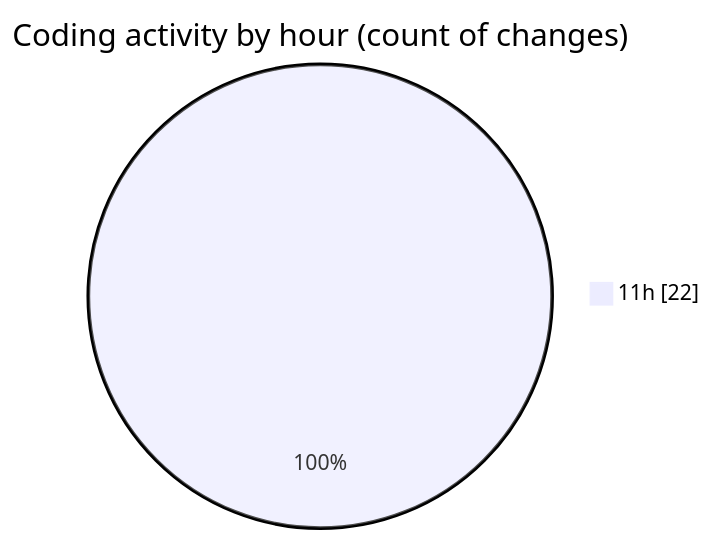
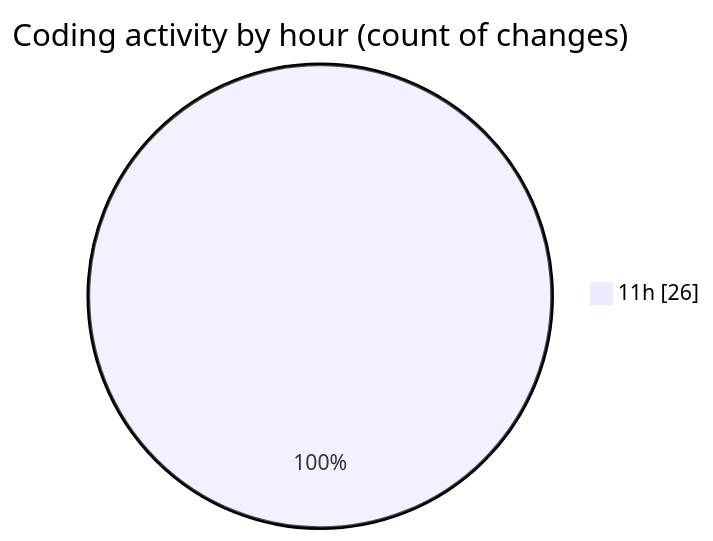
Before and after one commit to MatusMokan/code-tracking: the second of 2 diagrams in 2025-04-18/myws__workspace_/README.md, drawn with Mermaid. The commit also changed other lines of this file and 1 other file, not shown here.

````diff
--- a/2025-04-18/myws__workspace_/README.md
+++ b/2025-04-18/myws__workspace_/README.md
@@ -28,5 +28,5 @@
 ```mermaid
 pie showData
 title Coding activity by hour (count of changes)
-"11h" : 22
+"11h" : 26
 ```
````
